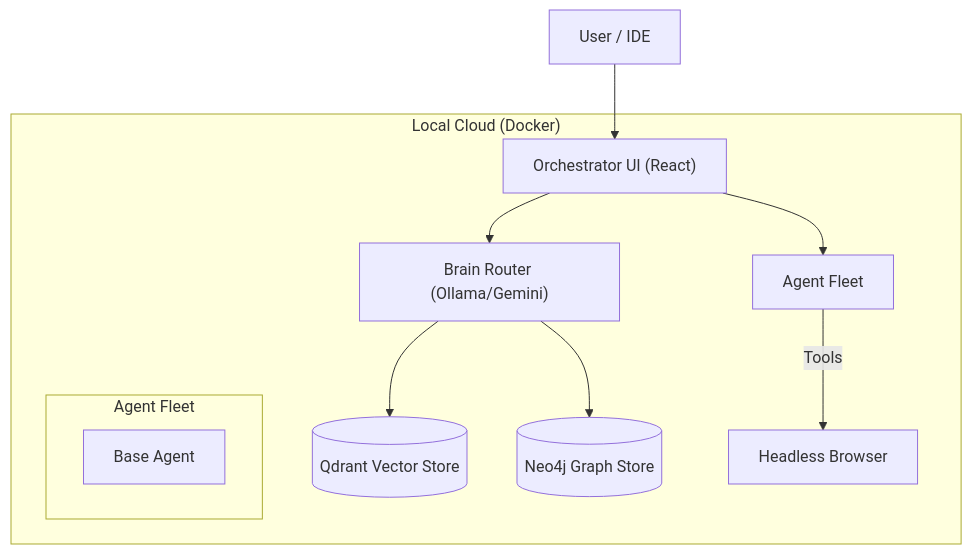
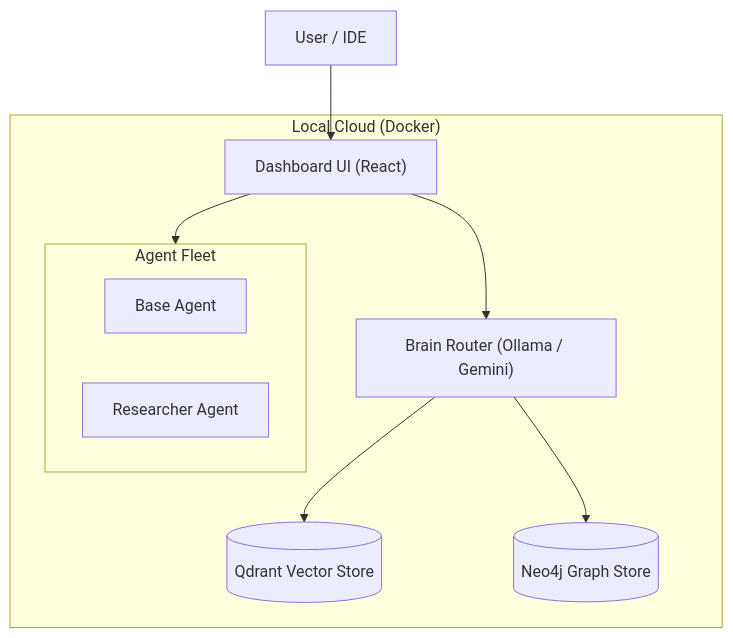
Before and after one commit to superfox247/AgentDevelopment: the first of 2 diagrams in docs/ARCHITECTURE.md, drawn with Mermaid. The commit also changed other lines of this file and 82 other files, not shown here.

````diff
--- a/docs/ARCHITECTURE.md
+++ b/docs/ARCHITECTURE.md
@@ -8,18 +10,17 @@
 ```mermaid
 graph TD
-    User["User / IDE"] --> Orchestrator["Orchestrator UI (React)"]
-    Orchestrator --> Brain["Brain Router (Ollama/Gemini)"]
+    User["User / IDE"] --> Dashboard["Dashboard UI (React)"]
+    Dashboard --> Brain["Brain Router (Ollama / Gemini)"]
     
     subgraph LocalCloud ["Local Cloud (Docker)"]
         Brain --> VectorDB[("Qdrant Vector Store")]
         Brain --> GraphDB[("Neo4j Graph Store")]
         
-        Orchestrator --> AgentFleet["Agent Fleet"]
+        Dashboard --> AgentFleet
         
-        subgraph AgentFleetGroup ["Agent Fleet"]
+        subgraph AgentFleet ["Agent Fleet"]
             BaseAgent["Base Agent"]
+            Researcher["Researcher Agent"]
         end
-        
-        AgentFleet -- Tools --> Browser["Headless Browser"]
     end
 ```
````
